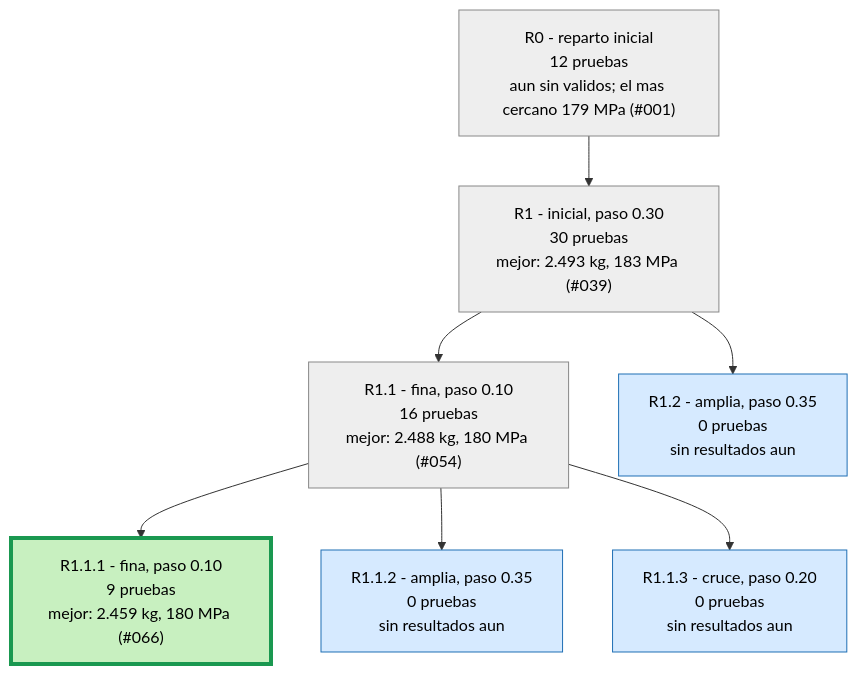
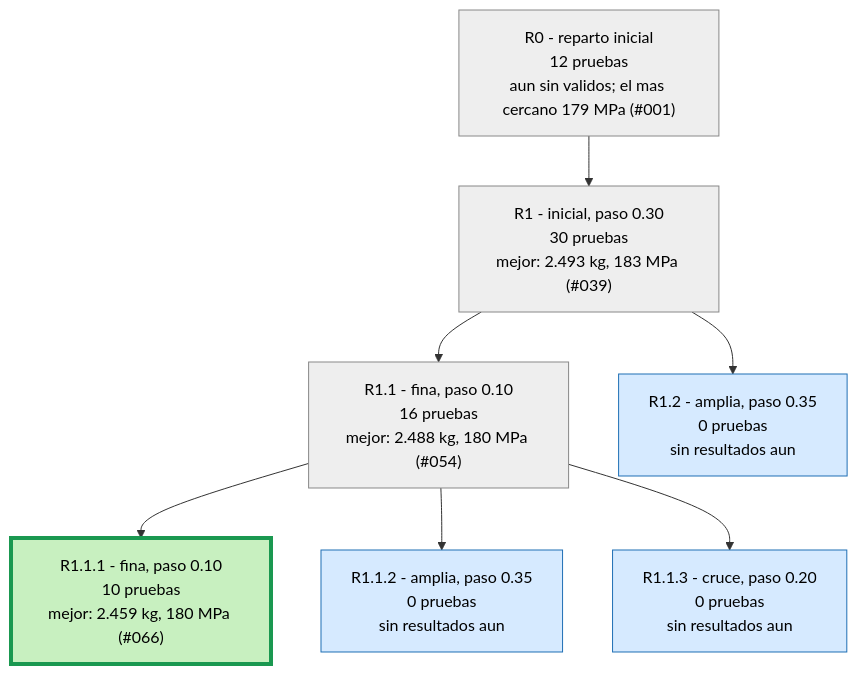
One commit to Hugiko/msd-soporte-optimizacion changed the second of 3 diagrams in runs/opt_37800N/ARBOL.md. Above: the diagram before and after it, drawn with Mermaid. The commit also changed 22 other files, not shown here.

````diff
--- a/runs/opt_37800N/ARBOL.md
+++ b/runs/opt_37800N/ARBOL.md
@@ -25,19 +25,19 @@
 ```mermaid
 graph TD
 classDef activa fill:#d6eaff,stroke:#1f6fb5,color:#000
 classDef fin fill:#eeeeee,stroke:#888,color:#000
 classDef mejor fill:#c8f0c0,stroke:#1a9850,stroke-width:4px,color:#000
 R0["R0 - reparto inicial<br/>12 pruebas<br/>aun sin validos; el mas cercano 179 MPa (#001)"]:::fin
 R1["R1 - inicial, paso 0.30<br/>30 pruebas<br/>mejor: 2.493 kg, 183 MPa (#039)"]:::fin
 R0 --> R1
 R1_1["R1.1 - fina, paso 0.10<br/>16 pruebas<br/>mejor: 2.488 kg, 180 MPa (#054)"]:::fin
 R1 --> R1_1
 R1_2["R1.2 - amplia, paso 0.35<br/>0 pruebas<br/>sin resultados aun"]:::activa
 R1 --> R1_2
-R1_1_1["R1.1.1 - fina, paso 0.10<br/>9 pruebas<br/>mejor: 2.459 kg, 180 MPa (#066)"]:::mejor
+R1_1_1["R1.1.1 - fina, paso 0.10<br/>10 pruebas<br/>mejor: 2.459 kg, 180 MPa (#066)"]:::mejor
 R1_1 --> R1_1_1
 R1_1_2["R1.1.2 - amplia, paso 0.35<br/>0 pruebas<br/>sin resultados aun"]:::activa
 R1_1 --> R1_1_2
 R1_1_3["R1.1.3 - cruce, paso 0.20<br/>0 pruebas<br/>sin resultados aun"]:::activa
 R1_1 --> R1_1_3
 ```
````
